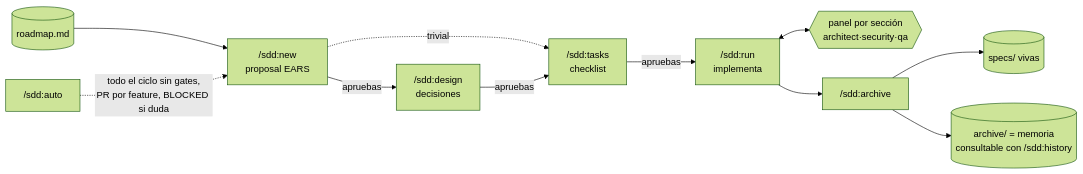
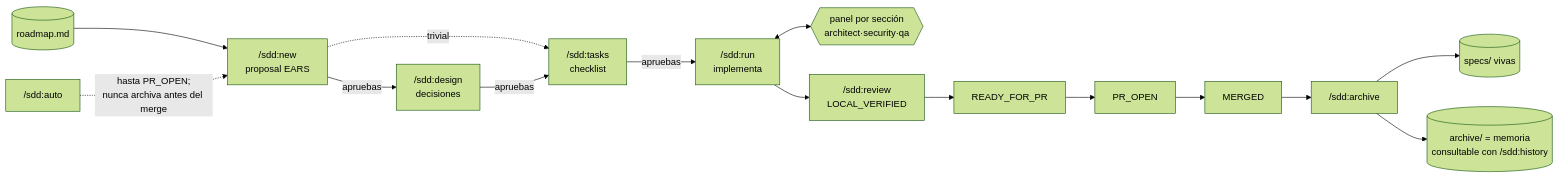
Before and after one commit to hardcode83/sdd-toolkit: the diagram in README.md, drawn with Mermaid (forest theme). The commit also changed other lines of this file and 37 other files, not shown here.

Commit message:
feat: gate SDD archive on merged PR

````diff
--- a/README.md
+++ b/README.md
@@ -7,13 +7,17 @@
 ```mermaid
 flowchart LR
     R[("roadmap.md")] --> N["/sdd:new<br/>proposal EARS"]
     N -->|apruebas| D["/sdd:design<br/>decisiones"]
     N -.->|trivial| T
     D -->|apruebas| T["/sdd:tasks<br/>checklist"]
     T -->|apruebas| RU["/sdd:run<br/>implementa"]
     RU <--> P{{"panel por sección<br/>architect·security·qa"}}
-    RU --> A["/sdd:archive"]
+    RU --> V["/sdd:review<br/>LOCAL_VERIFIED"]
+    V --> RP["READY_FOR_PR"]
+    RP --> PR["PR_OPEN"]
+    PR --> M["MERGED"]
+    M --> A["/sdd:archive"]
     A --> S[("specs/ vivas")]
     A --> H[("archive/ = memoria<br/>consultable con /sdd:history")]
-    AUTO["/sdd:auto"] -. "todo el ciclo sin gates,<br/>PR por feature, BLOCKED si duda" .-> N
+    AUTO["/sdd:auto"] -. "hasta PR_OPEN;<br/>nunca archiva antes del merge" .-> N
 ```
````
